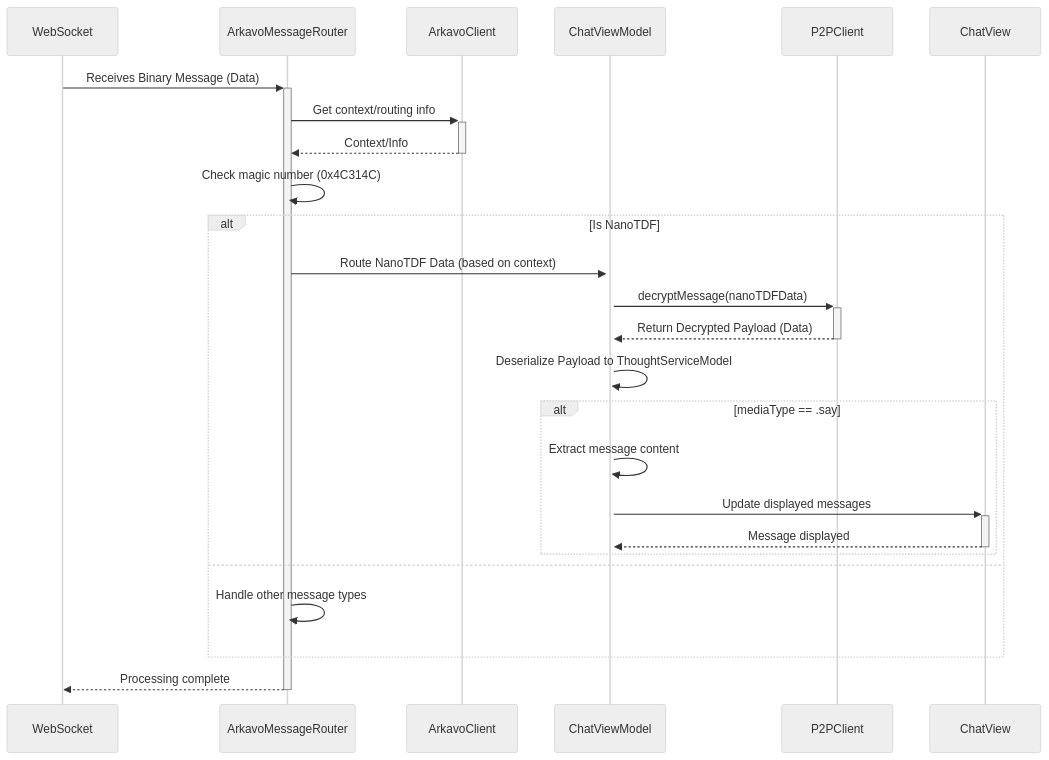
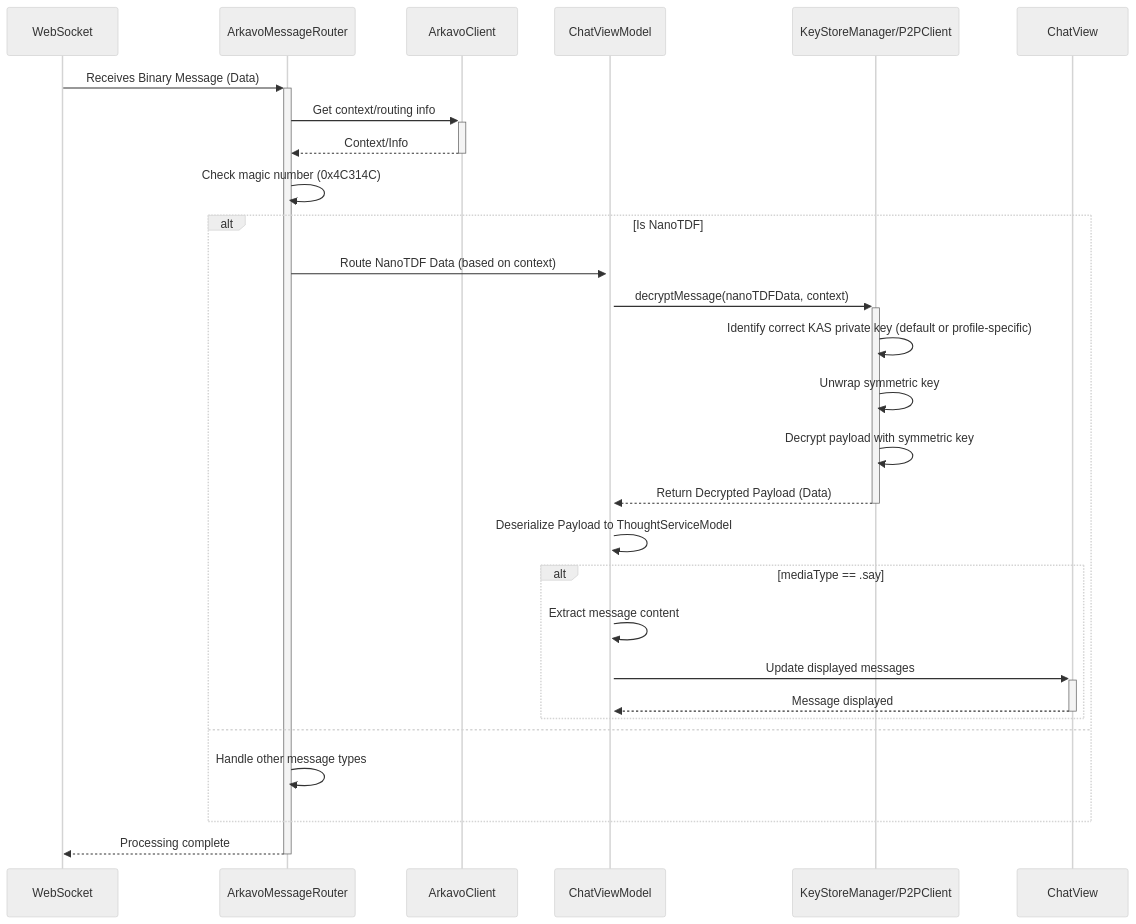
Before and after one commit to arkavo-org/app: the first of 2 diagrams in README.md, drawn with Mermaid (neutral theme). The commit also changed other lines of this file and 8 other files, not shown here.

````diff
--- a/README.md
+++ b/README.md
@@ -88,28 +89,31 @@
 ```mermaid
 sequenceDiagram
     participant WS as WebSocket
     participant Router as ArkavoMessageRouter
     participant AC as ArkavoClient
     participant CVM as ChatViewModel
-    participant P2P as P2PClient
+    participant KSM as KeyStoreManager/P2PClient
     participant UI as ChatView
 
     WS->>+Router: Receives Binary Message (Data)
     Router->>+AC: Get context/routing info
     AC-->>-Router: Context/Info
     Router->>Router: Check magic number (0x4C314C)
     alt Is NanoTDF
         Router->>+CVM: Route NanoTDF Data (based on context)
-        CVM->>+P2P: decryptMessage(nanoTDFData)
-        P2P-->>-CVM: Return Decrypted Payload (Data)
+        CVM->>+KSM: decryptMessage(nanoTDFData, context)
+        KSM->>KSM: Identify correct KAS private key (default or profile-specific)
+        KSM->>KSM: Unwrap symmetric key
+        KSM->>KSM: Decrypt payload with symmetric key
+        KSM-->>-CVM: Return Decrypted Payload (Data)
         CVM->>CVM: Deserialize Payload to ThoughtServiceModel
         alt mediaType == .say
             CVM->>CVM: Extract message content
             CVM->>+UI: Update displayed messages
             UI-->>-CVM: Message displayed
         end
     else
         Router->>Router: Handle other message types
     end
     Router-->>-WS: Processing complete
 ```
````
